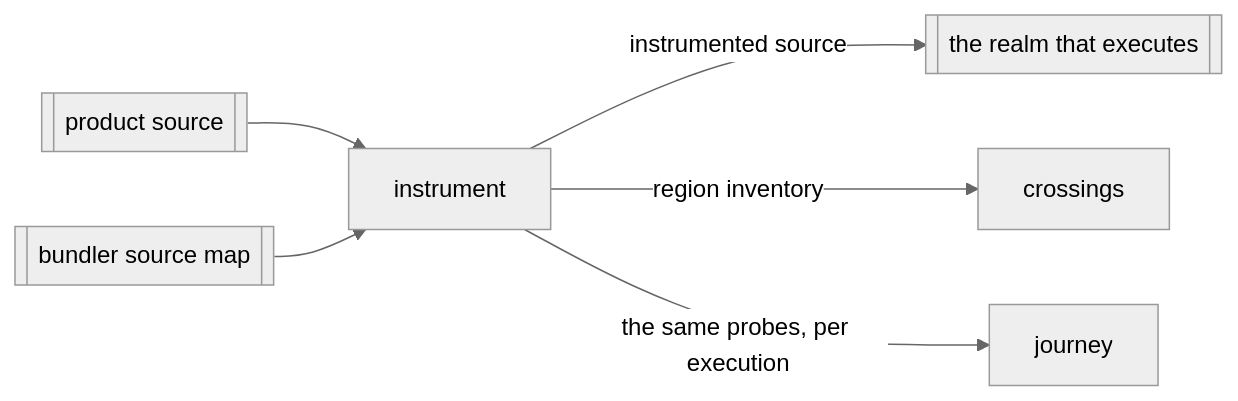
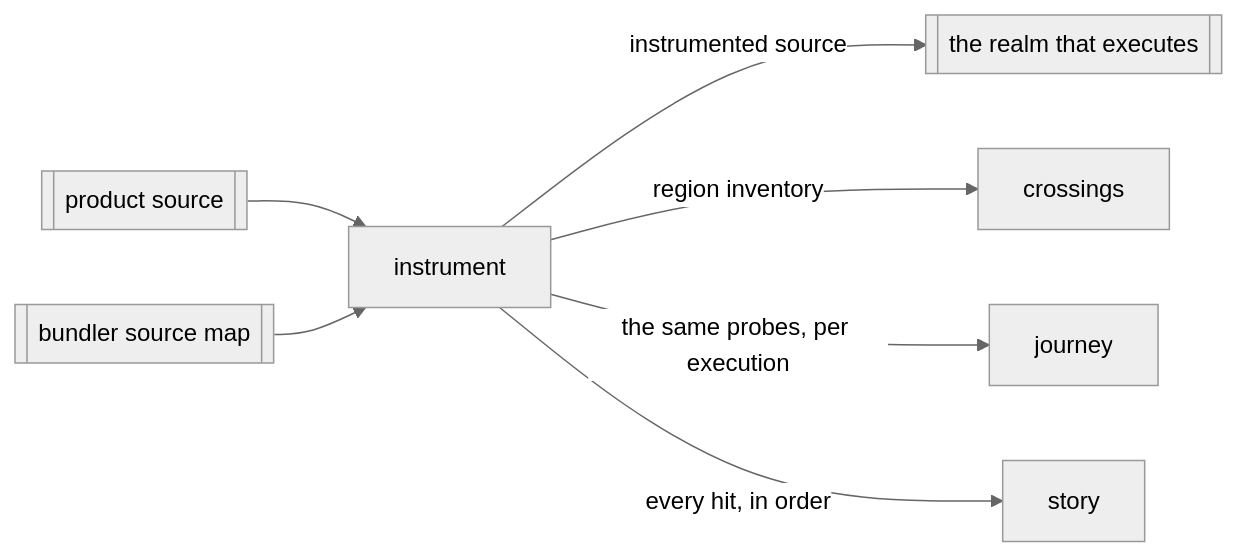
Before and after one commit to Variance-Authority/variance-authority: the diagram in .compass/variance-authority/reach/instrument/README.md, drawn with Mermaid (neutral theme). The commit also changed other lines of this file and 6 other files, not shown here.

First line of the commit message:
docs(compass): chart a story — the order one case visited, read a part at a time

````diff
--- a/.compass/variance-authority/reach/instrument/README.md
+++ b/.compass/variance-authority/reach/instrument/README.md
@@ -81,8 +83,9 @@
 ```mermaid
 flowchart LR
   SRC[[product source]] --> INST[instrument]
   MAP[[bundler source map]] --> INST
   INST -->|instrumented source| REALM[[the realm that executes]]
   INST -->|region inventory| CROSS[crossings]
   INST -->|the same probes, per execution| JRN[journey]
+  INST -->|every hit, in order| STORY[story]
 ```
````
